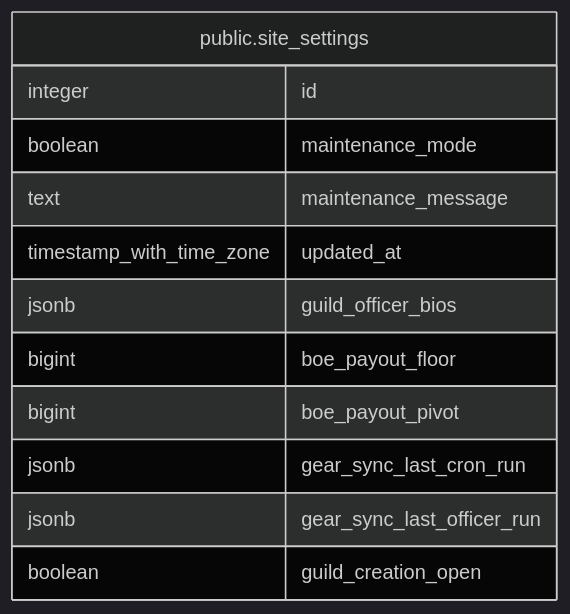
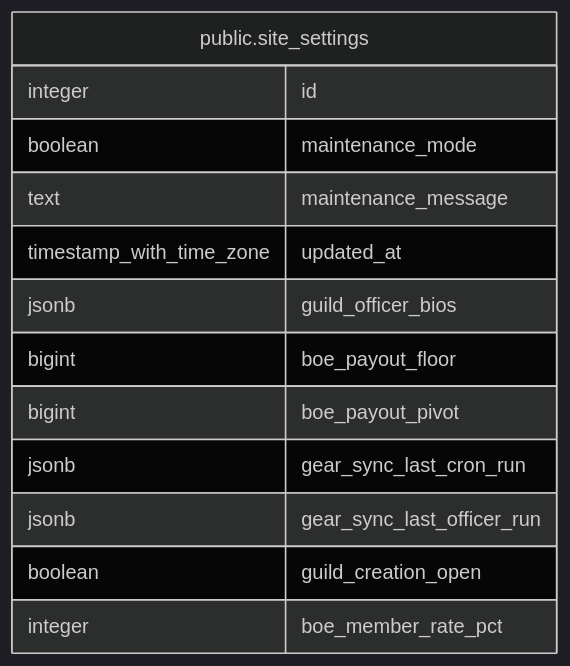
Before and after one commit to katogaming88/WGA-Raid-Hub: the diagram in dbdoc/public.site_settings.md, drawn with Mermaid (dark theme). The commit also changed other lines of this file and 13 other files, not shown here.

````diff
--- a/dbdoc/public.site_settings.md
+++ b/dbdoc/public.site_settings.md
@@ -34,17 +36,18 @@
 ```mermaid
 erDiagram
 
 
 "public.site_settings" {
   integer id
   boolean maintenance_mode
   text maintenance_message
   timestamp_with_time_zone updated_at
   jsonb guild_officer_bios
   bigint boe_payout_floor
   bigint boe_payout_pivot
   jsonb gear_sync_last_cron_run
   jsonb gear_sync_last_officer_run
   boolean guild_creation_open
+  integer boe_member_rate_pct
 }
 ```
````
